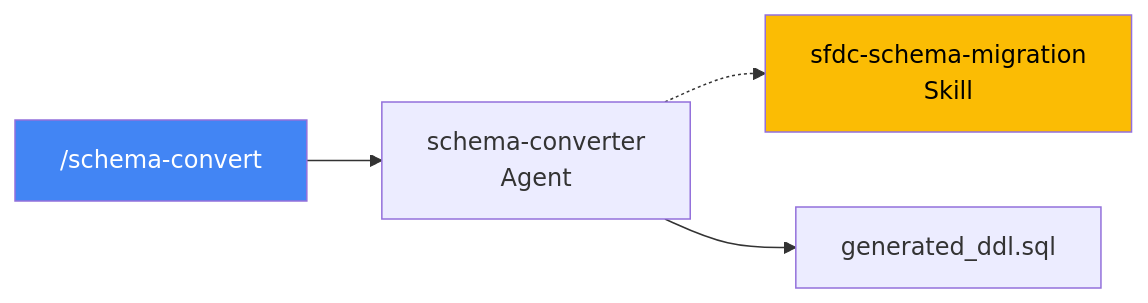
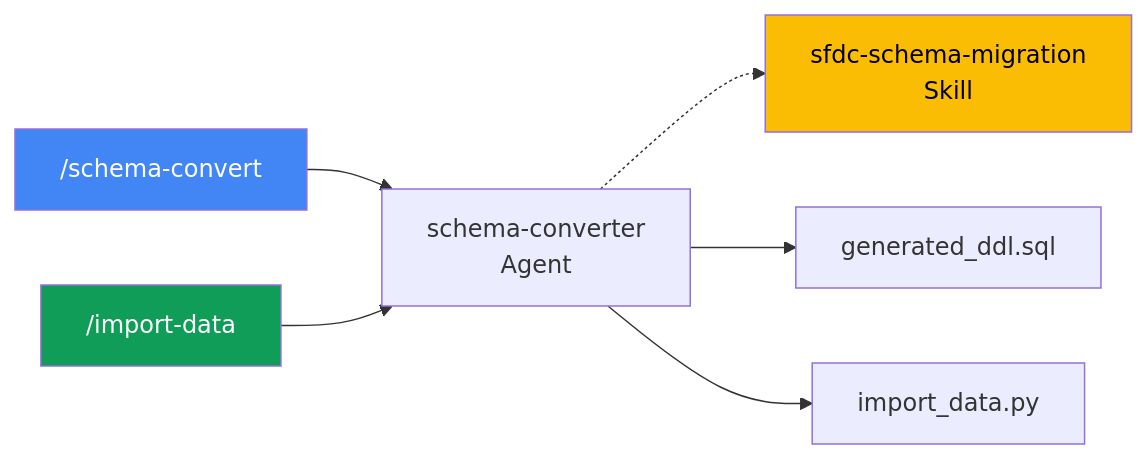
Before and after one commit to tyorikan/migration-with-ai: the third of 5 diagrams in workshop-real/examples/HANDSON.md, drawn with Mermaid. The commit also changed other lines of this file, not shown here.

First line of the commit message:
fix: Step 2 に /import-data フロー追加（CSV→PostgreSQL データ投入）

````diff
--- a/workshop-real/examples/HANDSON.md
+++ b/workshop-real/examples/HANDSON.md
@@ -271,9 +271,12 @@
 ```mermaid
 flowchart LR
-    CMD["/schema-convert"] --> AGT["schema-converter<br/>Agent"]
+    CMD1["/schema-convert"] --> AGT["schema-converter<br/>Agent"]
+    CMD2["/import-data"] --> AGT
     AGT -.-> SKL["sfdc-schema-migration<br/>Skill"]
-    AGT --> OUT["generated_ddl.sql"]
+    AGT --> OUT1["generated_ddl.sql"]
+    AGT --> OUT2["import_data.py"]
 
-    style CMD fill:#4285F4,color:#fff
+    style CMD1 fill:#4285F4,color:#fff
+    style CMD2 fill:#0F9D58,color:#fff
     style SKL fill:#FBBC04,color:#000
 ```
````
